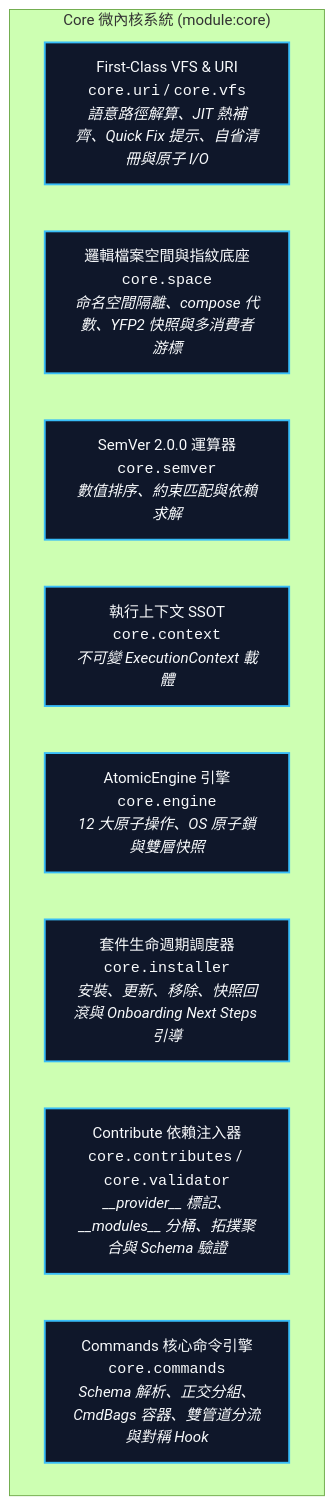
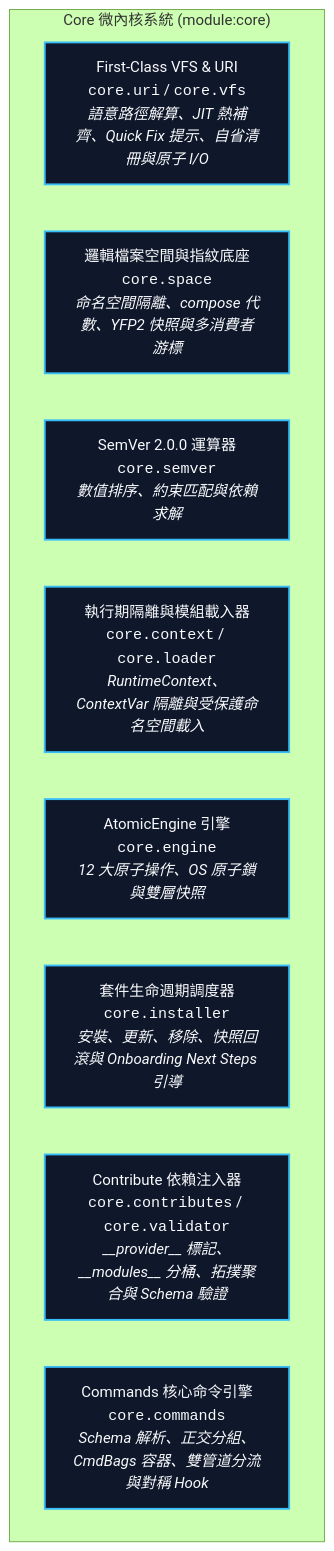
The diagram in docs/core/README.md (ysnaive/ys-codebase), drawn with Mermaid (forest theme) before and after one commit. The commit also changed other lines of this file and 39 other files, not shown here.

Commit message:
feat(core): add RuntimeContext isolation container, frozen dataclasses, and protected namespace loader (sub_02)

````diff
--- a/docs/core/README.md
+++ b/docs/core/README.md
@@ -47,15 +49,15 @@
 ```mermaid
 graph TD
     classDef sub fill:#0f172a,stroke:#38bdf8,stroke-width:2px,color:#f8fafc;
     
     subgraph CoreModule ["Core 微內核系統 (module:core)"]
         VFS["First-Class VFS & URI<br/><code>core.uri</code> / <code>core.vfs</code><br/><i>語意路徑解算、JIT 熱補齊、Quick Fix 提示、自省清冊與原子 I/O</i>"]:::sub
         Space["邏輯檔案空間與指紋底座<br/><code>core.space</code><br/><i>命名空間隔離、compose 代數、YFP2 快照與多消費者游標</i>"]:::sub
         SemVer["SemVer 2.0.0 運算器<br/><code>core.semver</code><br/><i>數值排序、約束匹配與依賴求解</i>"]:::sub
-        Context["執行上下文 SSOT<br/><code>core.context</code><br/><i>不可變 ExecutionContext 載體</i>"]:::sub
+        Context["執行期隔離與模組載入器<br/><code>core.context</code> / <code>core.loader</code><br/><i>RuntimeContext、ContextVar 隔離與受保護命名空間載入</i>"]:::sub
         Engine["AtomicEngine 引擎<br/><code>core.engine</code><br/><i>12 大原子操作、OS 原子鎖與雙層快照</i>"]:::sub
         Installer["套件生命週期調度器<br/><code>core.installer</code><br/><i>安裝、更新、移除、快照回滾與 Onboarding Next Steps 引導</i>"]:::sub
         Contributes["Contribute 依賴注入器<br/><code>core.contributes</code> / <code>core.validator</code><br/><i>__provider__ 標記、__modules__ 分桶、拓撲聚合與 Schema 驗證</i>"]:::sub
         Commands["Commands 核心命令引擎<br/><code>core.commands</code><br/><i>Schema 解析、正交分組、CmdBags 容器、雙管道分流與對稱 Hook</i>"]:::sub
     end
 ```
````
